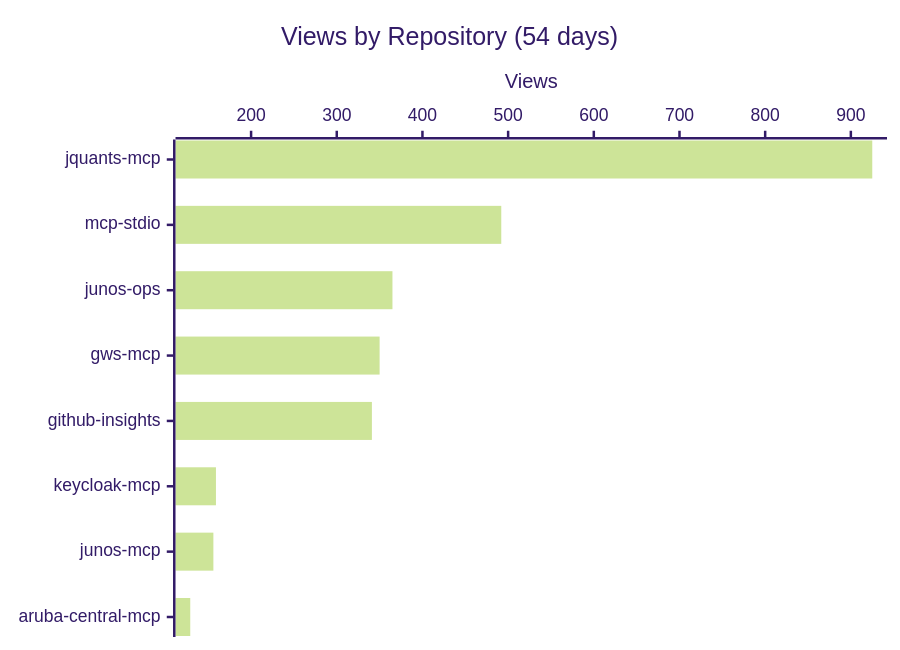
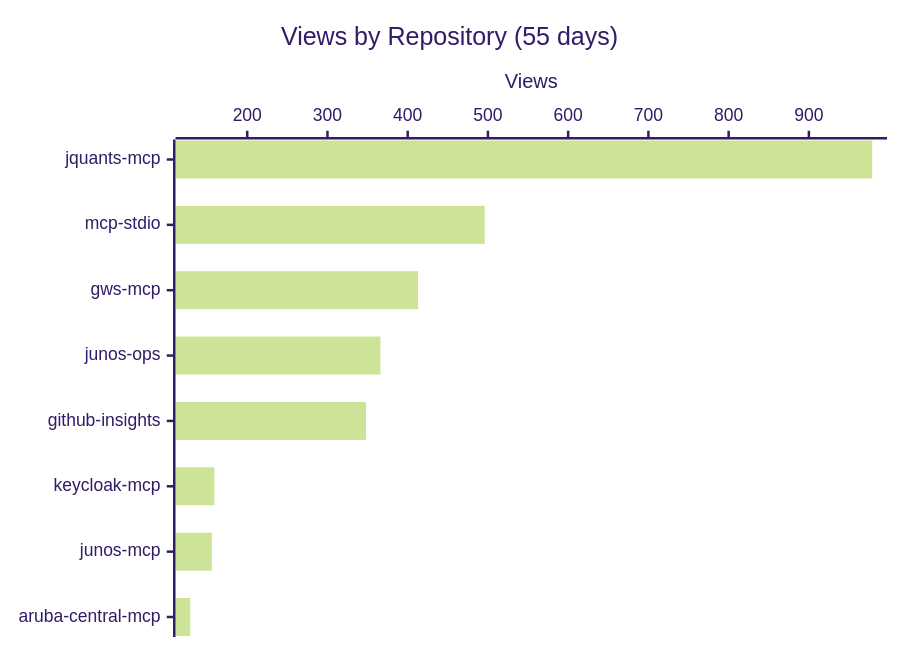
The first of 3 diagrams in README.md (shigechika/github-insights), drawn with Mermaid (forest theme) before and after one commit. The commit also changed other lines of this file and 2 other files, not shown here.

````diff
--- a/README.md
+++ b/README.md
@@ -18,7 +18,7 @@
 ```mermaid
 xychart-beta horizontal
-    title "Views by Repository (54 days)"
-    x-axis ["jquants-mcp", "mcp-stdio", "junos-ops", "gws-mcp", "github-insights", "keycloak-mcp", "junos-mcp", "aruba-central-mcp"]
+    title "Views by Repository (55 days)"
+    x-axis ["jquants-mcp", "mcp-stdio", "gws-mcp", "junos-ops", "github-insights", "keycloak-mcp", "junos-mcp", "aruba-central-mcp"]
     y-axis "Views"
-    bar [925, 492, 365, 350, 341, 159, 156, 129]
+    bar [979, 496, 413, 366, 348, 159, 156, 129]
 ```
````
